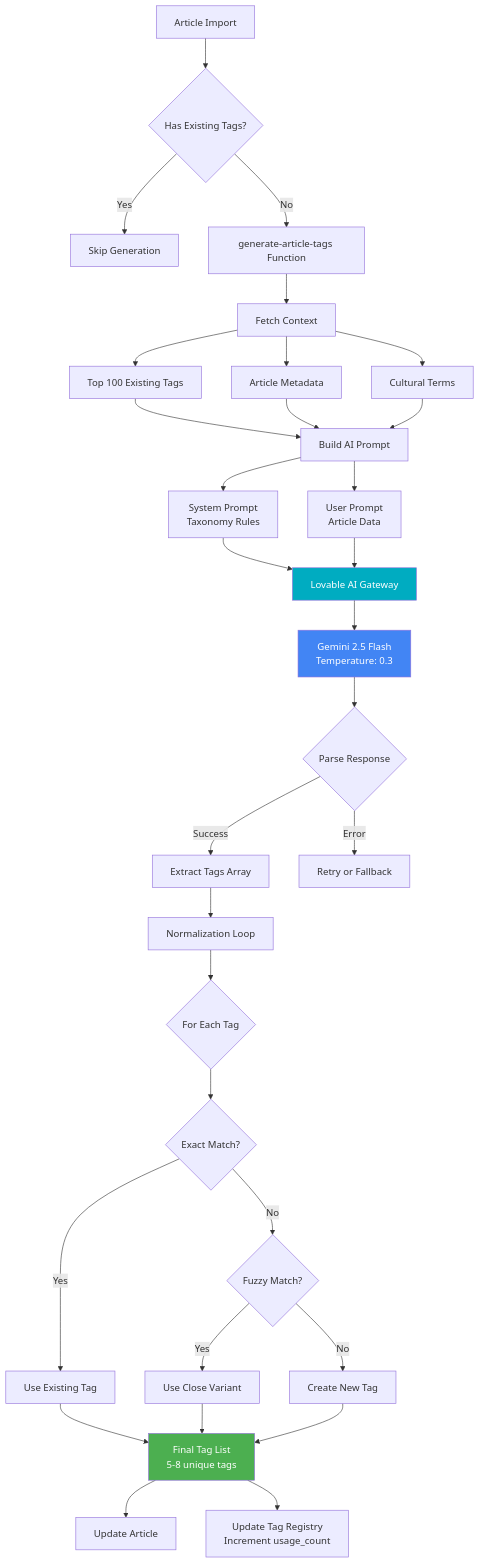
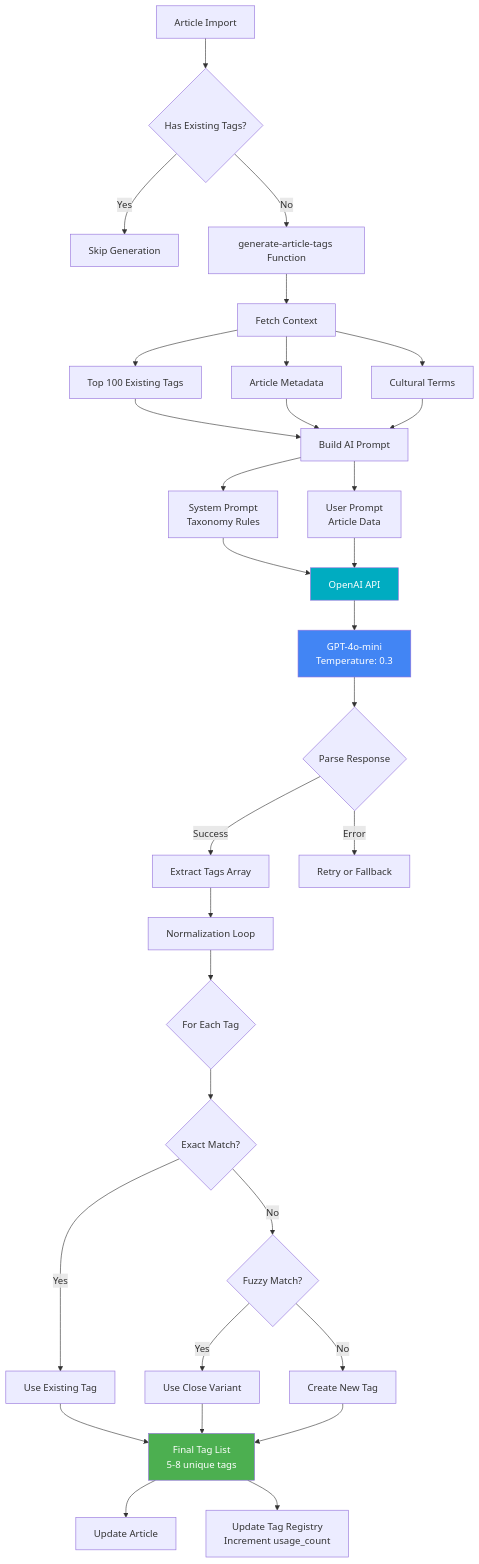
One commit to dhruvrakesh/srangam-42267 changed the third of 9 diagrams in docs/SYSTEM_FLOWCHARTS.md. Above: the diagram before and after it, drawn with Mermaid. The commit also changed other lines of this file and 9 other files, not shown here.

````diff
--- a/docs/SYSTEM_FLOWCHARTS.md
+++ b/docs/SYSTEM_FLOWCHARTS.md
@@ -141,48 +141,48 @@
 ```mermaid
 graph TB
     A[Article Import] --> B{Has Existing Tags?}
     B -->|Yes| C[Skip Generation]
     B -->|No| D[generate-article-tags Function]
     
     D --> E[Fetch Context]
     E --> E1[Top 100 Existing Tags]
     E --> E2[Article Metadata]
     E --> E3[Cultural Terms]
     
     E1 --> F[Build AI Prompt]
     E2 --> F
     E3 --> F
     
     F --> G[System Prompt<br/>Taxonomy Rules]
     F --> H[User Prompt<br/>Article Data]
     
-    G --> I[Lovable AI Gateway]
+    G --> I[OpenAI API]
     H --> I
     
-    I --> J[Gemini 2.5 Flash<br/>Temperature: 0.3]
+    I --> J[GPT-4o-mini<br/>Temperature: 0.3]
     
     J --> K{Parse Response}
     K -->|Success| L[Extract Tags Array]
     K -->|Error| M[Retry or Fallback]
     
     L --> N[Normalization Loop]
     
     N --> O{For Each Tag}
     O --> P{Exact Match?}
     P -->|Yes| Q[Use Existing Tag]
     P -->|No| R{Fuzzy Match?}
     
     R -->|Yes| S[Use Close Variant]
     R -->|No| T[Create New Tag]
     
     Q --> U[Final Tag List<br/>5-8 unique tags]
     S --> U
     T --> U
     
     U --> V[Update Article]
     U --> W[Update Tag Registry<br/>Increment usage_count]
     
     style I fill:#00acc1,color:#fff
     style J fill:#4285f4,color:#fff
     style U fill:#4caf50,color:#fff
 ```
````
